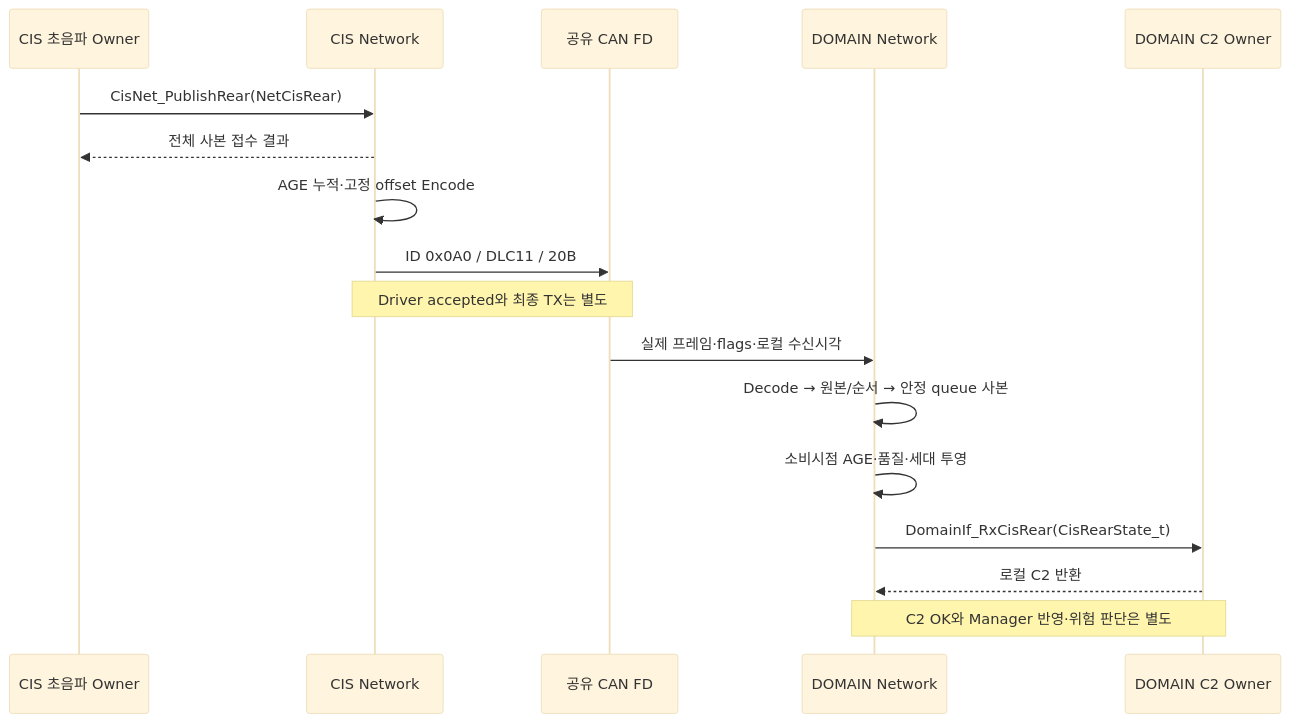
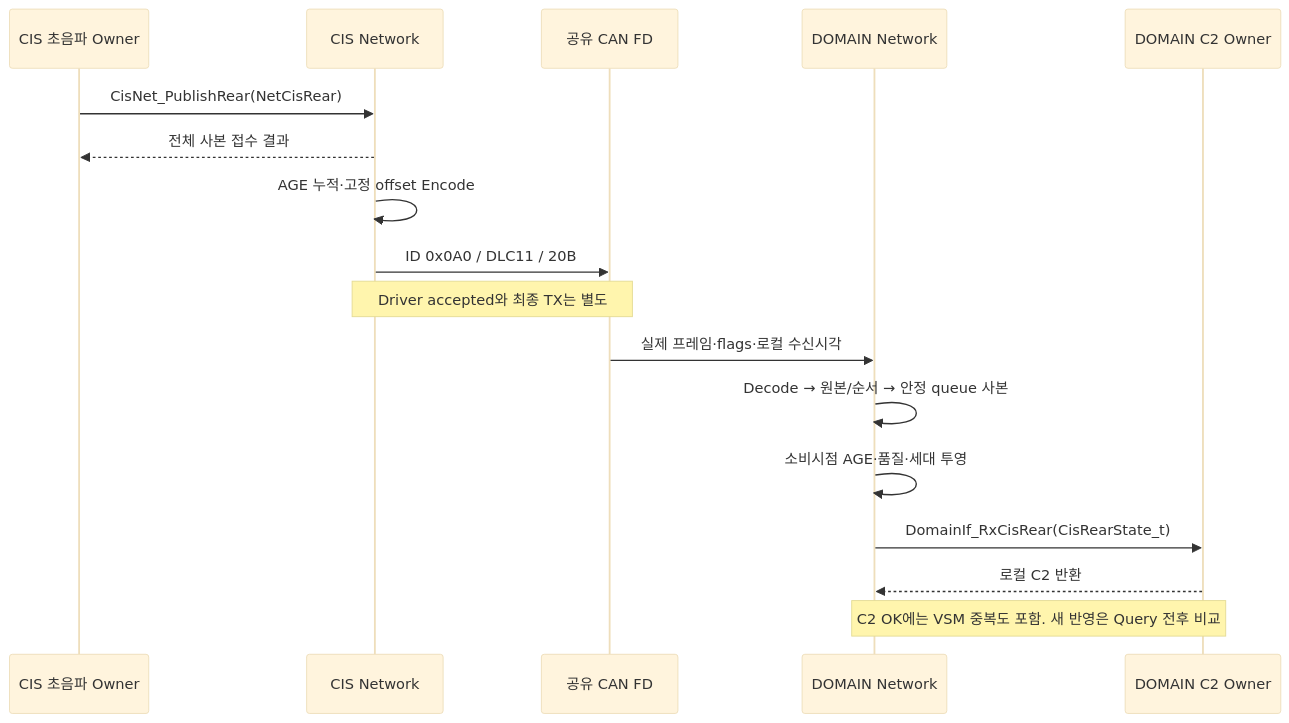
The diagram in docs/network/sw_detail/flows/CIS_REAR_144_TO_344.md (vehicle-domain-control-system/integrated-vehicle-control), drawn with Mermaid (base theme) before and after one commit. The commit also changed other lines of this file and 22 other files, not shown here.

````diff
--- a/docs/network/sw_detail/flows/CIS_REAR_144_TO_344.md
+++ b/docs/network/sw_detail/flows/CIS_REAR_144_TO_344.md
@@ -7,19 +7,19 @@
 ```mermaid
 sequenceDiagram
     participant A as CIS 초음파 Owner
     participant N as CIS Network
     participant C as 공유 CAN FD
     participant R as DOMAIN Network
     participant D as DOMAIN C2 Owner
     A->>N: CisNet_PublishRear(NetCisRear)
     N-->>A: 전체 사본 접수 결과
     N->>N: AGE 누적·고정 offset Encode
     N->>C: ID 0x0A0 / DLC11 / 20B
     Note over N,C: Driver accepted와 최종 TX는 별도
     C->>R: 실제 프레임·flags·로컬 수신시각
     R->>R: Decode → 원본/순서 → 안정 queue 사본
     R->>R: 소비시점 AGE·품질·세대 투영
     R->>D: DomainIf_RxCisRear(CisRearState_t)
     D-->>R: 로컬 C2 반환
-    Note over R,D: C2 OK와 Manager 반영·위험 판단은 별도
+    Note over R,D: C2 OK에는 VSM 중복도 포함. 새 반영은 Query 전후 비교
 ```
````
